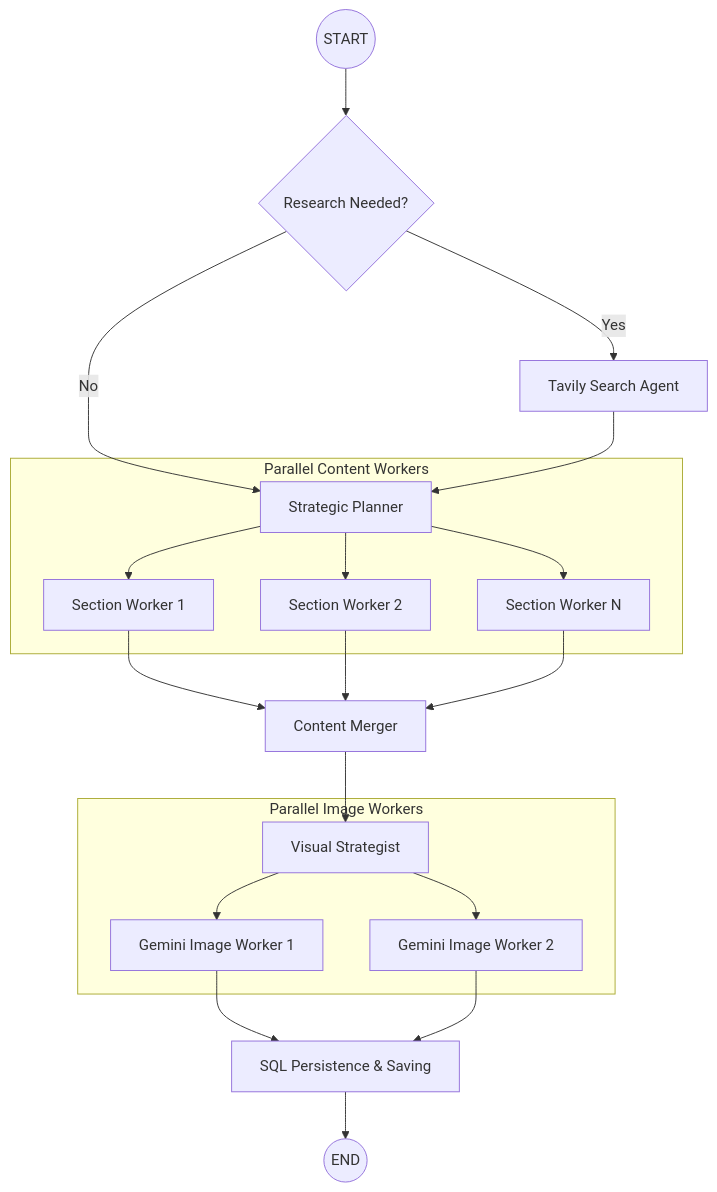
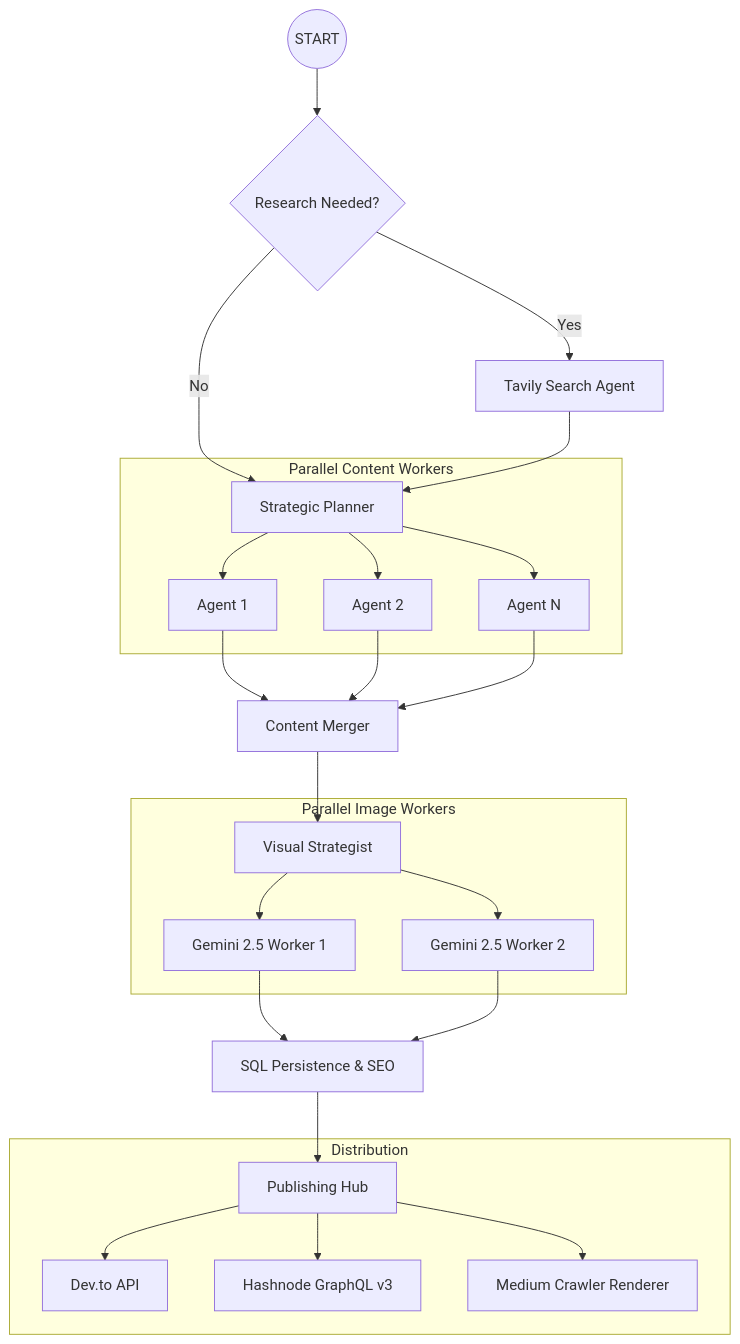
One commit to tanishra/scribe-flow changed the diagram in README.md. Above: the diagram before and after it, drawn with Mermaid. The commit also changed other lines of this file, not shown here.

````diff
--- a/README.md
+++ b/README.md
@@ -23,24 +23,30 @@
 ```mermaid
 graph TD
     Start((START)) --> Router{Research Needed?}
     Router -- Yes --> Research[Tavily Search Agent]
     Router -- No --> Orchestrator
     Research --> Orchestrator[Strategic Planner]
     
     subgraph Parallel Content Workers
-    Orchestrator --> W1[Section Worker 1]
-    Orchestrator --> W2[Section Worker 2]
-    Orchestrator --> W3[Section Worker N]
+    Orchestrator --> W1[Agent 1]
+    Orchestrator --> W2[Agent 2]
+    Orchestrator --> W3[Agent N]
     end
     
     W1 & W2 & W3 --> Reducer[Content Merger]
     Reducer --> ImgDecide[Visual Strategist]
     
     subgraph Parallel Image Workers
-    ImgDecide --> IW1[Gemini Image Worker 1]
-    ImgDecide --> IW2[Gemini Image Worker 2]
+    ImgDecide --> IW1[Gemini 2.5 Worker 1]
+    ImgDecide --> IW2[Gemini 2.5 Worker 2]
     end
     
-    IW1 & IW2 --> Finalize[SQL Persistence & Saving]
-    Finalize --> End((END))
+    IW1 & IW2 --> Finalize[SQL Persistence & SEO]
+    Finalize --> Hub[Publishing Hub]
+    
+    subgraph Distribution
+    Hub --> Dev[Dev.to API]
+    Hub --> HN[Hashnode GraphQL v3]
+    Hub --> Med[Medium Crawler Renderer]
+    end
 ```
````
